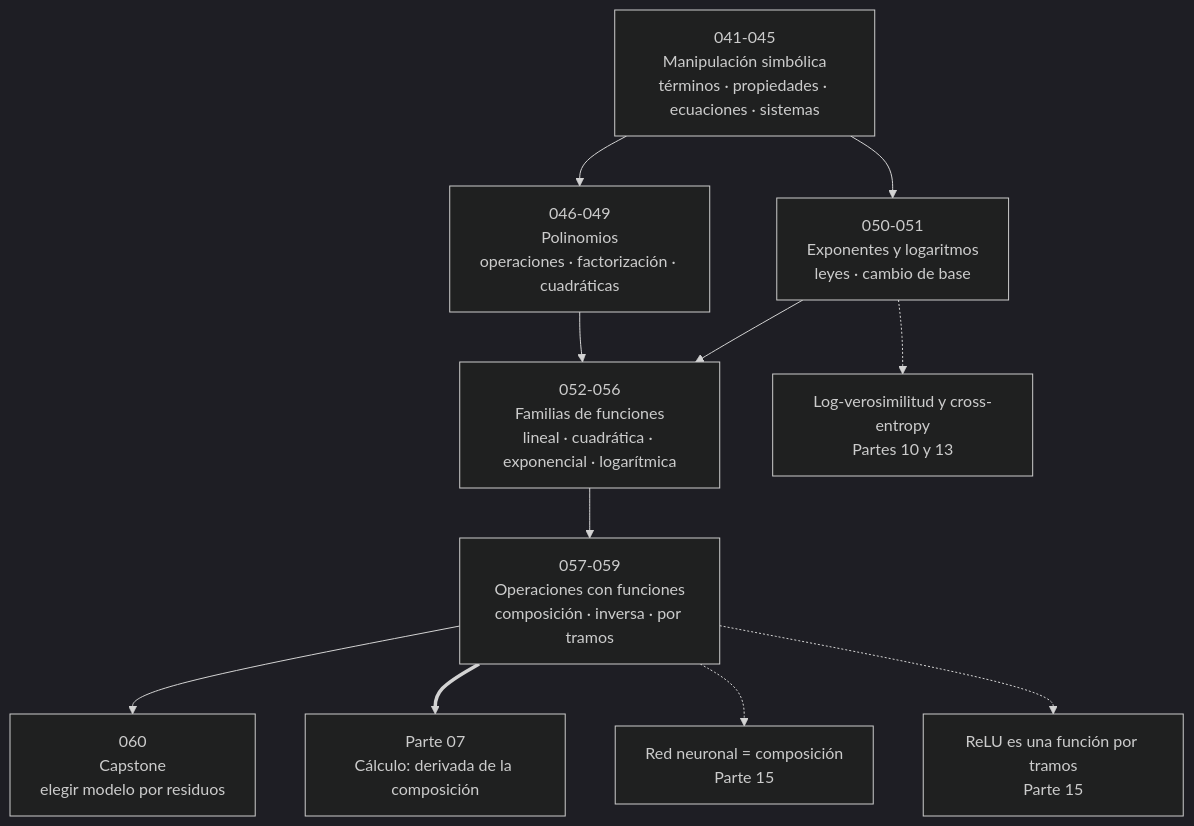
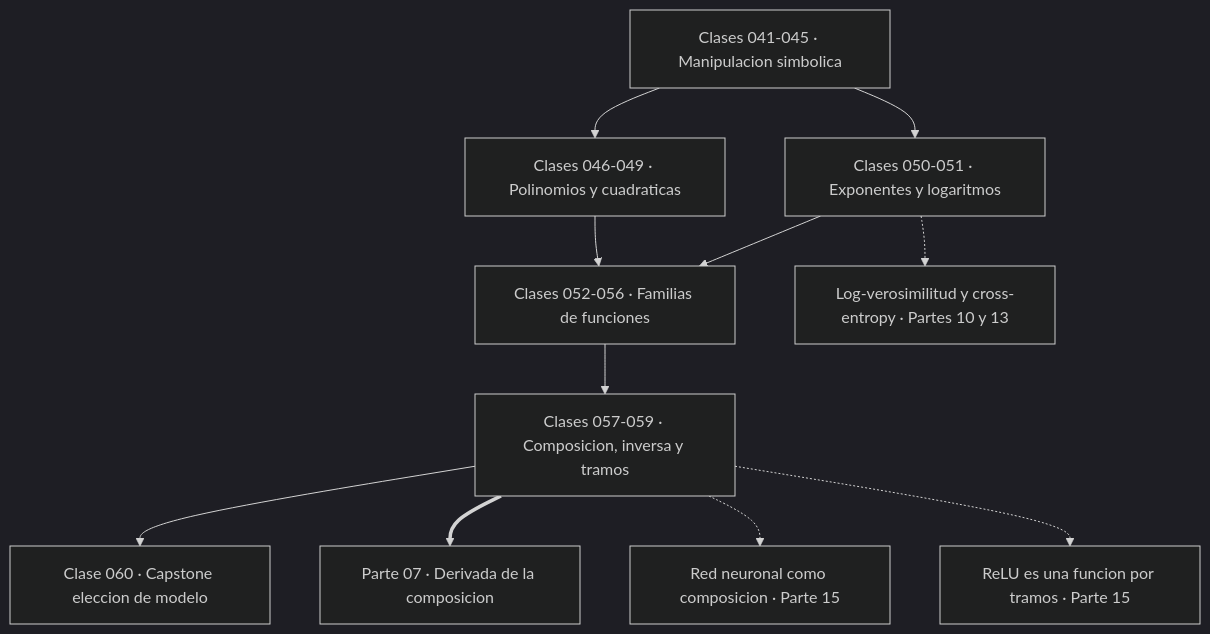
One commit to vladimiracunadev-create/computational-mathematics-program changed the first of 2 diagrams in classes/part-02-algebra-y-funciones/README.md. Above: the diagram before and after it, drawn with Mermaid (dark theme). The commit also changed other lines of this file and 389 other files, not shown here.

First line of the commit message:
fix(diagramas): elimina el HTML de las etiquetas Mermaid

````diff
--- a/classes/part-02-algebra-y-funciones/README.md
+++ b/classes/part-02-algebra-y-funciones/README.md
@@ -50,13 +50,13 @@
 ```mermaid
 flowchart TD
-    A["041-045<br/>Manipulación simbólica<br/>términos · propiedades · ecuaciones · sistemas"] --> B["046-049<br/>Polinomios<br/>operaciones · factorización · cuadráticas"]
-    A --> C["050-051<br/>Exponentes y logaritmos<br/>leyes · cambio de base"]
-    B --> D["052-056<br/>Familias de funciones<br/>lineal · cuadrática · exponencial · logarítmica"]
+    A["Clases 041-045 · Manipulacion simbolica"] --> B["Clases 046-049 · Polinomios y cuadraticas"]
+    A --> C["Clases 050-051 · Exponentes y logaritmos"]
+    B --> D["Clases 052-056 · Familias de funciones"]
     C --> D
-    D --> E["057-059<br/>Operaciones con funciones<br/>composición · inversa · por tramos"]
-    E --> F["060<br/>Capstone<br/>elegir modelo por residuos"]
-    E ==> G["Parte 07<br/>Cálculo: derivada de la composición"]
-    E -.-> H["Red neuronal = composición<br/>Parte 15"]
-    C -.-> I["Log-verosimilitud y cross-entropy<br/>Partes 10 y 13"]
-    E -.-> J["ReLU es una función por tramos<br/>Parte 15"]
+    D --> E["Clases 057-059 · Composicion, inversa y tramos"]
+    E --> F["Clase 060 · Capstone eleccion de modelo"]
+    E ==> G["Parte 07 · Derivada de la composicion"]
+    E -.-> H["Red neuronal como composicion · Parte 15"]
+    C -.-> I["Log-verosimilitud y cross-entropy · Partes 10 y 13"]
+    E -.-> J["ReLU es una funcion por tramos · Parte 15"]
 ```
````
